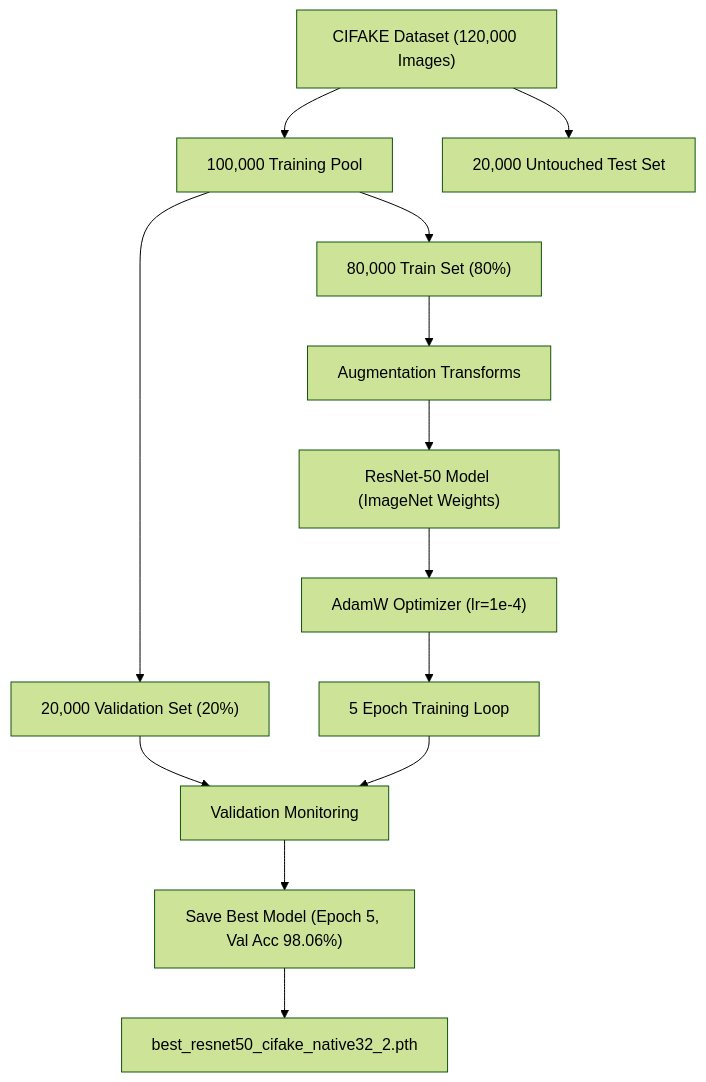
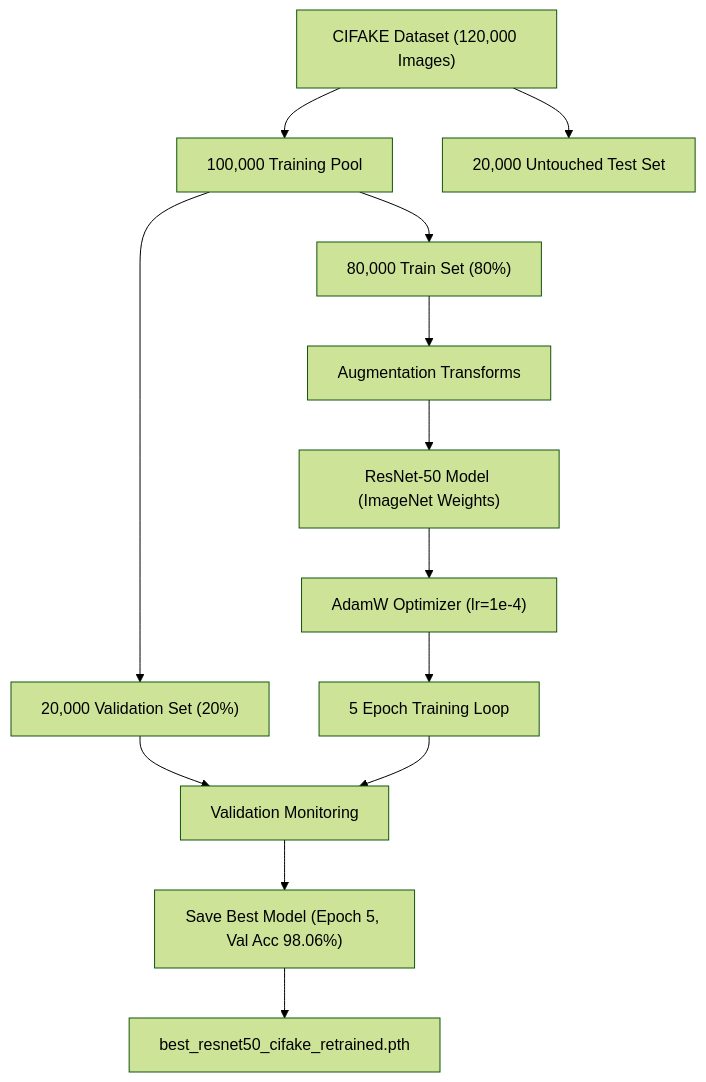
Before and after one commit to rominkevadiya/ALGONAUTS_INTERNAL_LJ_HACK: the second of 3 diagrams in docs/02_system_architecture.md, drawn with Mermaid (forest theme). The commit also changed other lines of this file and 34 other files, not shown here.

````diff
--- a/docs/02_system_architecture.md
+++ b/docs/02_system_architecture.md
@@ -51,15 +51,15 @@
 ```mermaid
 graph TD
     Dataset["CIFAKE Dataset (120,000 Images)"] --> Pool["100,000 Training Pool"]
     Dataset --> TestSet["20,000 Untouched Test Set"]
     Pool --> TrainSplit["80,000 Train Set (80%)"]
     Pool --> ValSplit["20,000 Validation Set (20%)"]
     TrainSplit --> Augment["Augmentation Transforms"]
     Augment --> ResNet["ResNet-50 Model (ImageNet Weights)"]
     ResNet --> AdamW["AdamW Optimizer (lr=1e-4)"]
     AdamW --> Epochs["5 Epoch Training Loop"]
     ValSplit --> Monitor["Validation Monitoring"]
     Epochs --> Monitor
     Monitor --> BestSave["Save Best Model (Epoch 5, Val Acc 98.06%)"]
-    BestSave --> CheckpointFile["best_resnet50_cifake_native32_2.pth"]
+    BestSave --> CheckpointFile["best_resnet50_cifake_retrained.pth"]
 ```
````
